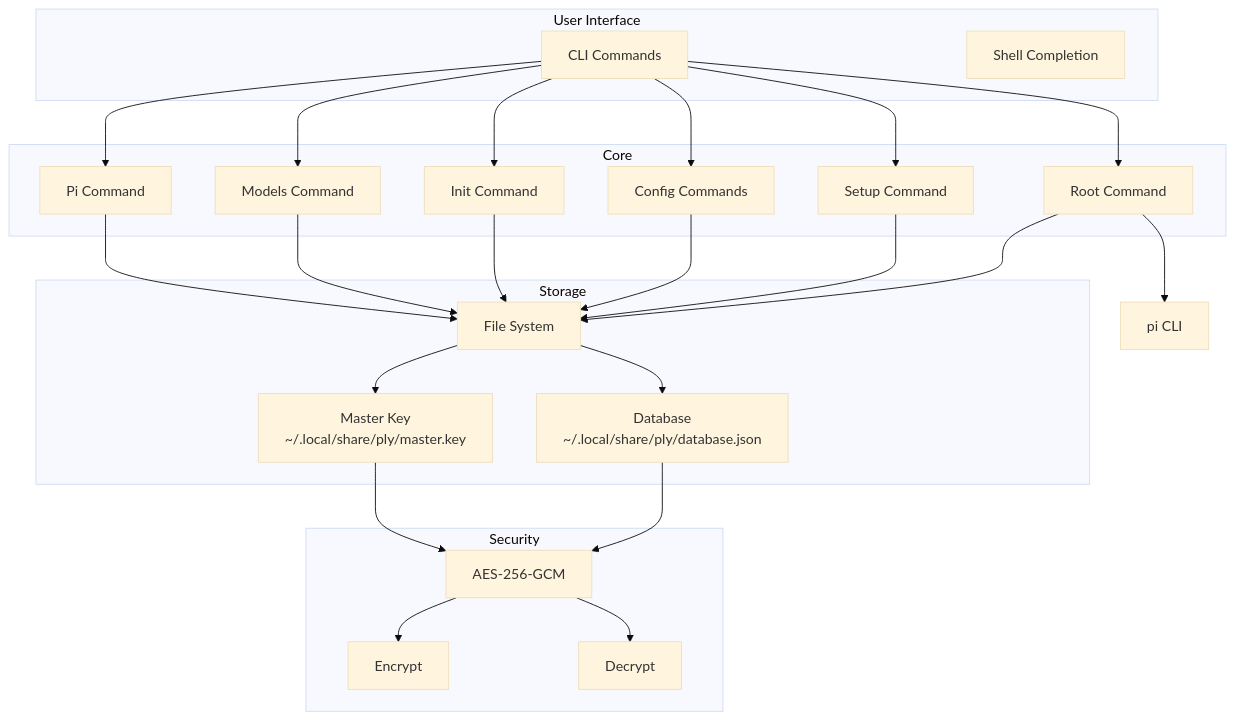
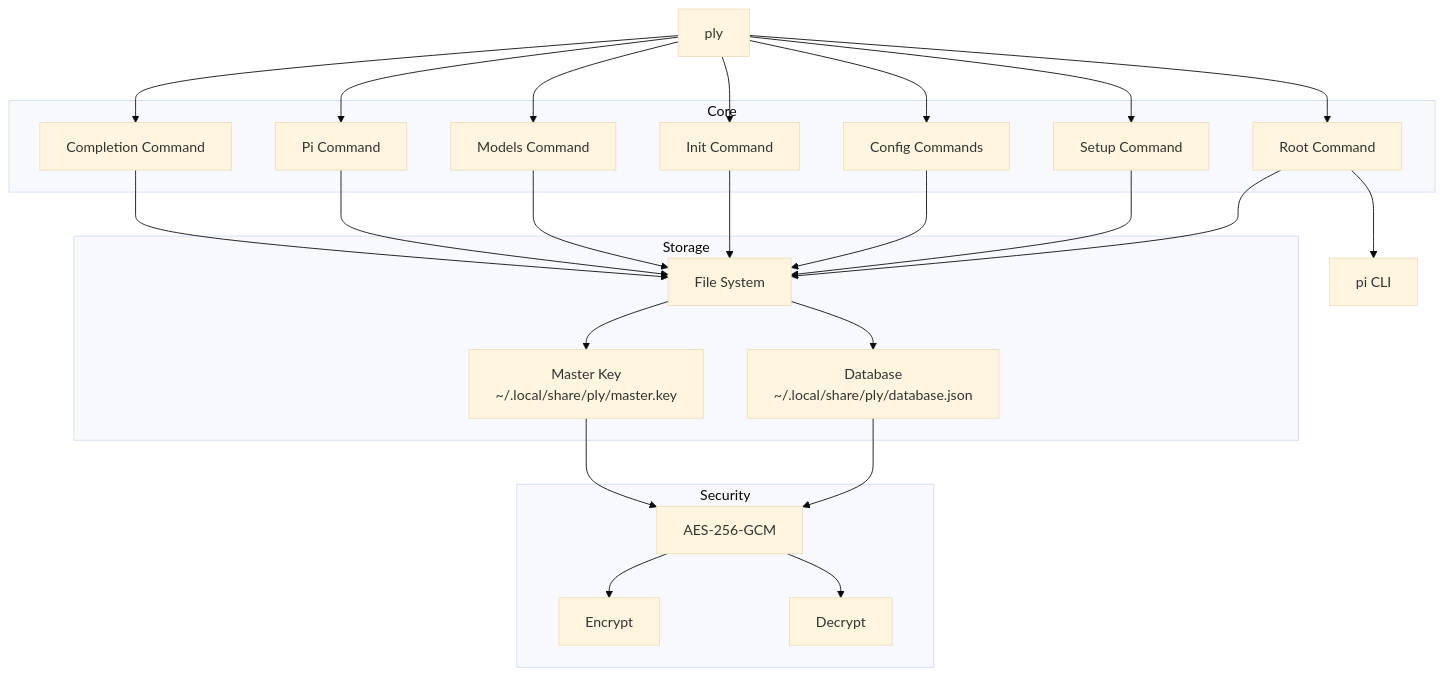
One commit to dkmnx/pyx changed the first of 4 diagrams in docs/architecture.md. Above: the diagram before and after it, drawn with Mermaid (base theme).

Commit message:
docs: move shell completion to Core in architecture diagram
Shell completion is implemented as a Cobra command (completion.go),
not a separate user interface component.

````diff
--- a/docs/architecture.md
+++ b/docs/architecture.md
@@ -7,53 +7,51 @@
 ```mermaid
 graph TB
-    subgraph User Interface
-        CLI[CLI Commands]
-        Shell[Shell Completion]
-    end
-
     subgraph Core
         Root[Root Command]
         Setup[Setup Command]
         Config[Config Commands]
         Init[Init Command]
         Models[Models Command]
         Pi[Pi Command]
+        Completion[Completion Command]
     end
 
     subgraph Storage
         FS[File System]
         MasterKey[Master Key<br/>~/.local/share/ply/master.key]
         DB[Database<br/>~/.local/share/ply/database.json]
     end
 
     subgraph Security
         Crypto[AES-256-GCM]
         Encrypt[Encrypt]
         Decrypt[Decrypt]
     end
 
-    CLI --> Root
-    CLI --> Setup
-    CLI --> Config
-    CLI --> Init
-    CLI --> Models
-    CLI --> Pi
+    ply --> Root
+    ply --> Setup
+    ply --> Config
+    ply --> Init
+    ply --> Models
+    ply --> Pi
+    ply --> Completion
 
     Root --> FS
     Setup --> FS
     Config --> FS
     Init --> FS
     Models --> FS
     Pi --> FS
+    Completion --> FS
 
     FS --> MasterKey
     FS --> DB
 
     DB --> Crypto
     MasterKey --> Crypto
 
     Crypto --> Encrypt
     Crypto --> Decrypt
 
     Root --> PI[pi CLI]
 ```
````
